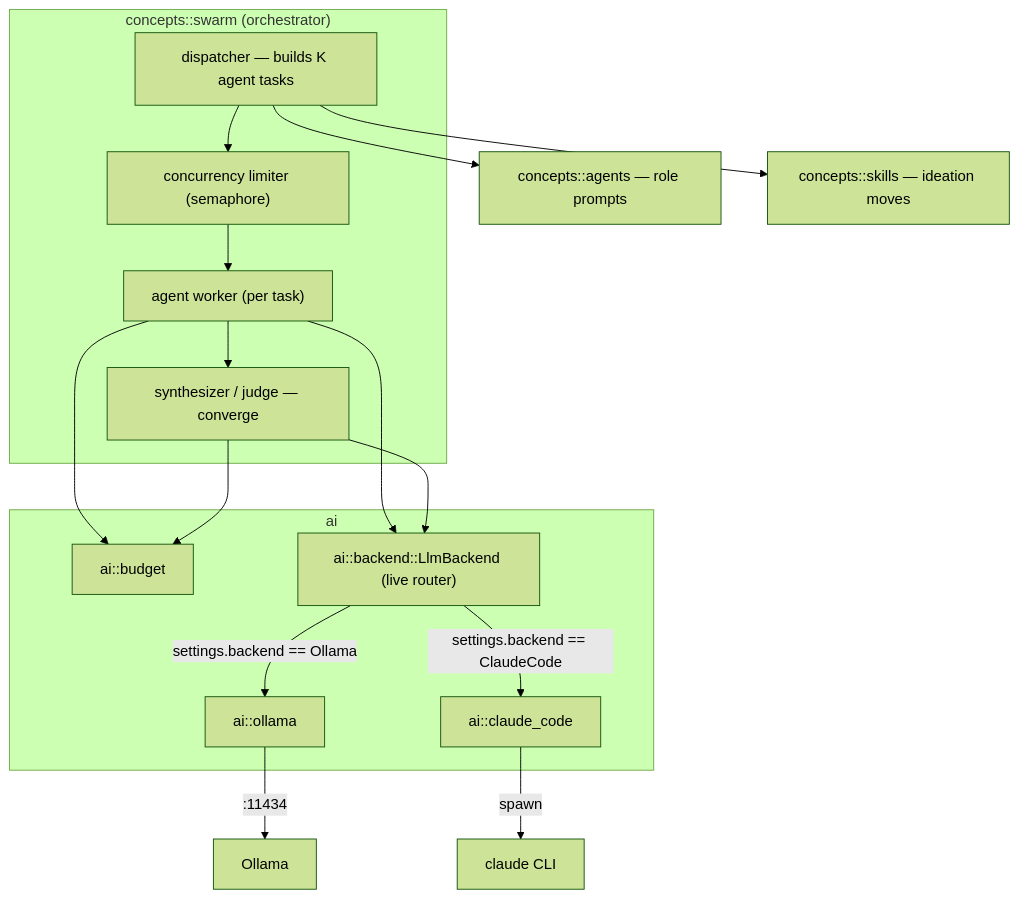
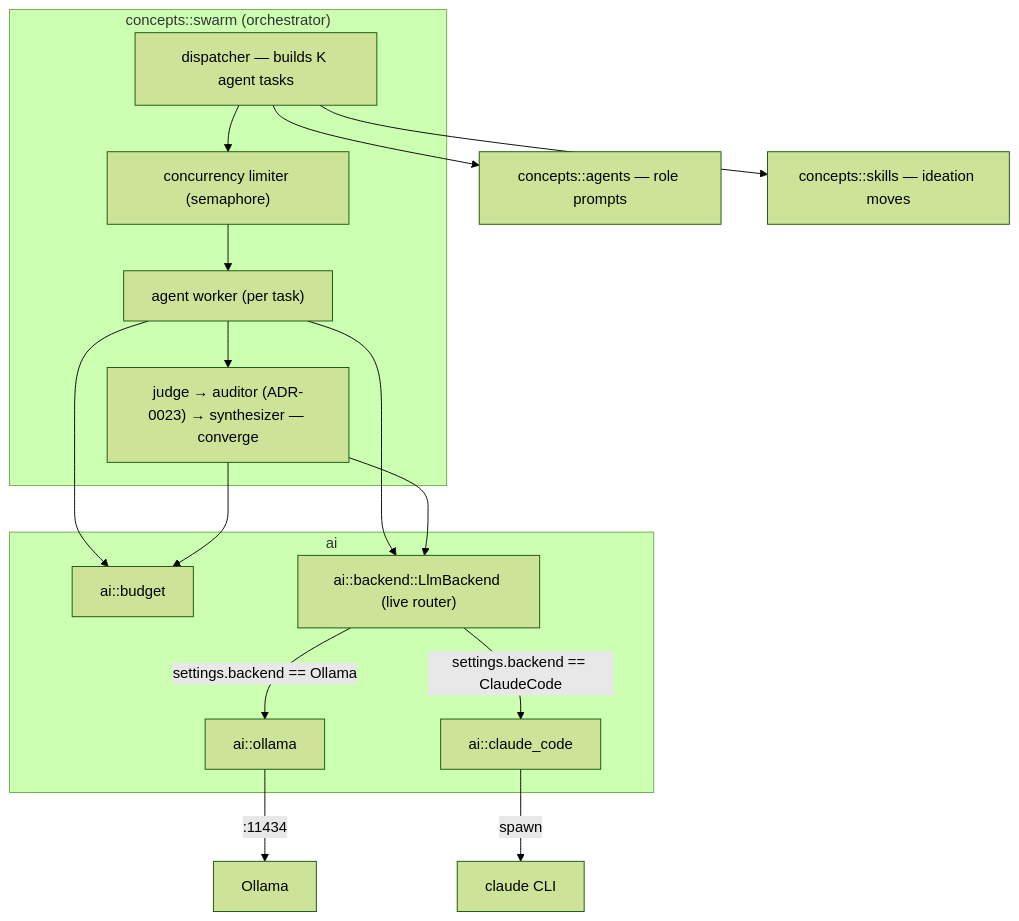
The second of 4 diagrams in docs/05-ai-integration.md (jasdian/idea-vault), drawn with Mermaid (forest theme) before and after one commit. The commit also changed other lines of this file and 19 other files, not shown here.

````diff
--- a/docs/05-ai-integration.md
+++ b/docs/05-ai-integration.md
@@ -157,31 +161,31 @@
 ```mermaid
 flowchart TB
     subgraph swarm["concepts::swarm (orchestrator)"]
         DISP["dispatcher — builds K agent tasks"]
         SEM["concurrency limiter (semaphore)"]
         WORK["agent worker (per task)"]
-        SYNTH["synthesizer / judge — converge"]
+        SYNTH["judge → auditor (ADR-0023) → synthesizer — converge"]
     end
     subgraph aimod["ai"]
         BUD["ai::budget"]
         LLM["ai::backend::LlmBackend (live router)"]
         OLL["ai::ollama"]
         CC["ai::claude_code"]
     end
     AGENTS["concepts::agents — role prompts"]
     SKILLS["concepts::skills — ideation moves"]
 
     DISP --> AGENTS
     DISP --> SKILLS
     DISP --> SEM
     SEM --> WORK
     WORK --> BUD
     WORK --> LLM
     WORK --> SYNTH
     SYNTH --> BUD
     SYNTH --> LLM
     LLM -->|"settings.backend == Ollama"| OLL
     LLM -->|"settings.backend == ClaudeCode"| CC
     OLL -->|":11434"| ext["Ollama"]
     CC -->|"spawn"| claude["claude CLI"]
 ```
````
